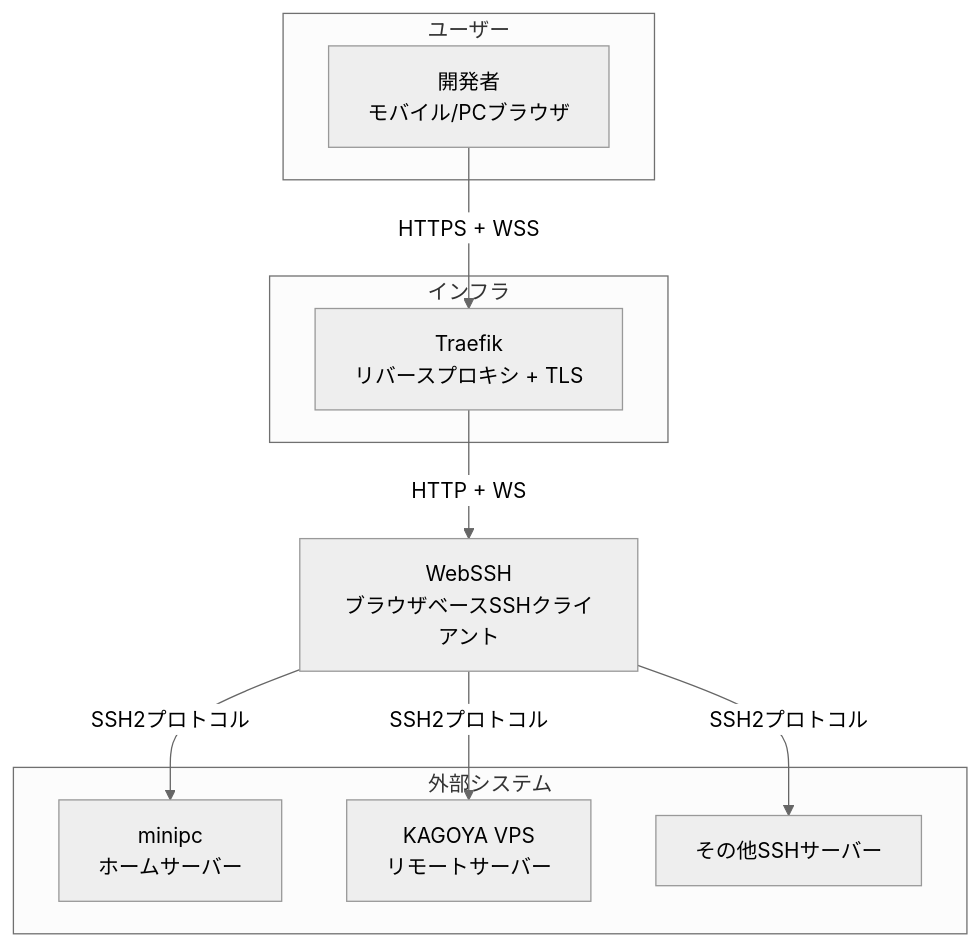
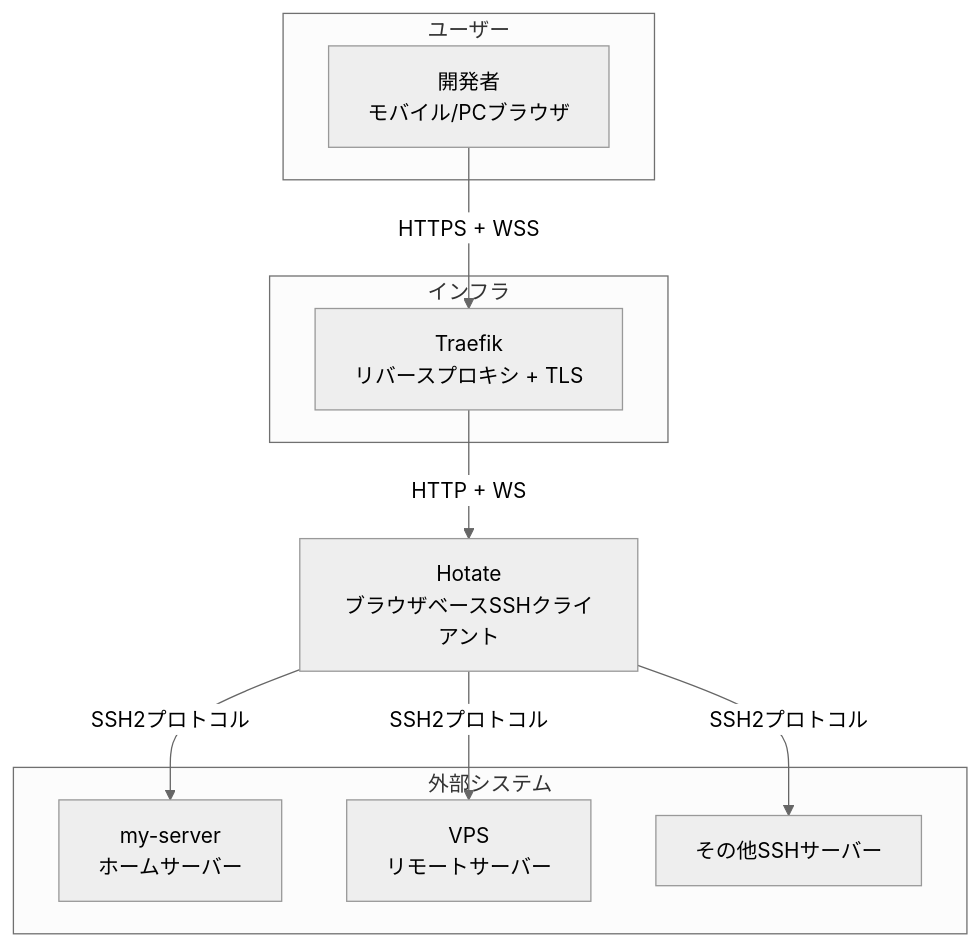
Before and after one commit to krtw00/hotate: the diagram in docs/02-architecture/context.md, drawn with Mermaid (neutral theme). The commit also changed other lines of this file and 23 other files, not shown here.

First line of the commit message:
feat: rename WebSSH to Hotate

````diff
--- a/docs/02-architecture/context.md
+++ b/docs/02-architecture/context.md
@@ -19,24 +19,24 @@
 ```mermaid
 flowchart TB
     subgraph Users[ユーザー]
         U1[開発者<br/>モバイル/PCブラウザ]
     end
 
-    S[WebSSH<br/>ブラウザベースSSHクライアント]
+    S[Hotate<br/>ブラウザベースSSHクライアント]
 
     subgraph External[外部システム]
-        SSH1[minipc<br/>ホームサーバー]
-        SSH2[KAGOYA VPS<br/>リモートサーバー]
+        SSH1[my-server<br/>ホームサーバー]
+        SSH2[VPS<br/>リモートサーバー]
         SSH3[その他SSHサーバー]
     end
 
     subgraph Infra[インフラ]
         TF[Traefik<br/>リバースプロキシ + TLS]
     end
 
     U1 -->|HTTPS + WSS| TF
     TF -->|HTTP + WS| S
     S -->|SSH2プロトコル| SSH1
     S -->|SSH2プロトコル| SSH2
     S -->|SSH2プロトコル| SSH3
 ```
````
